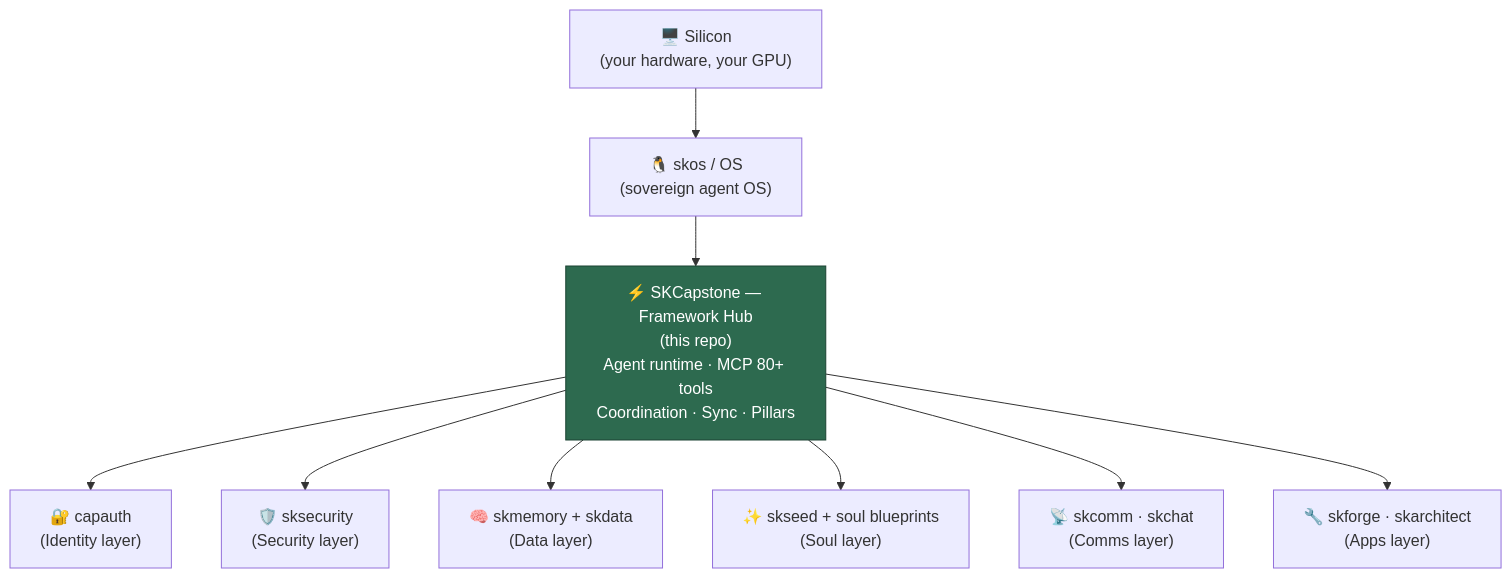
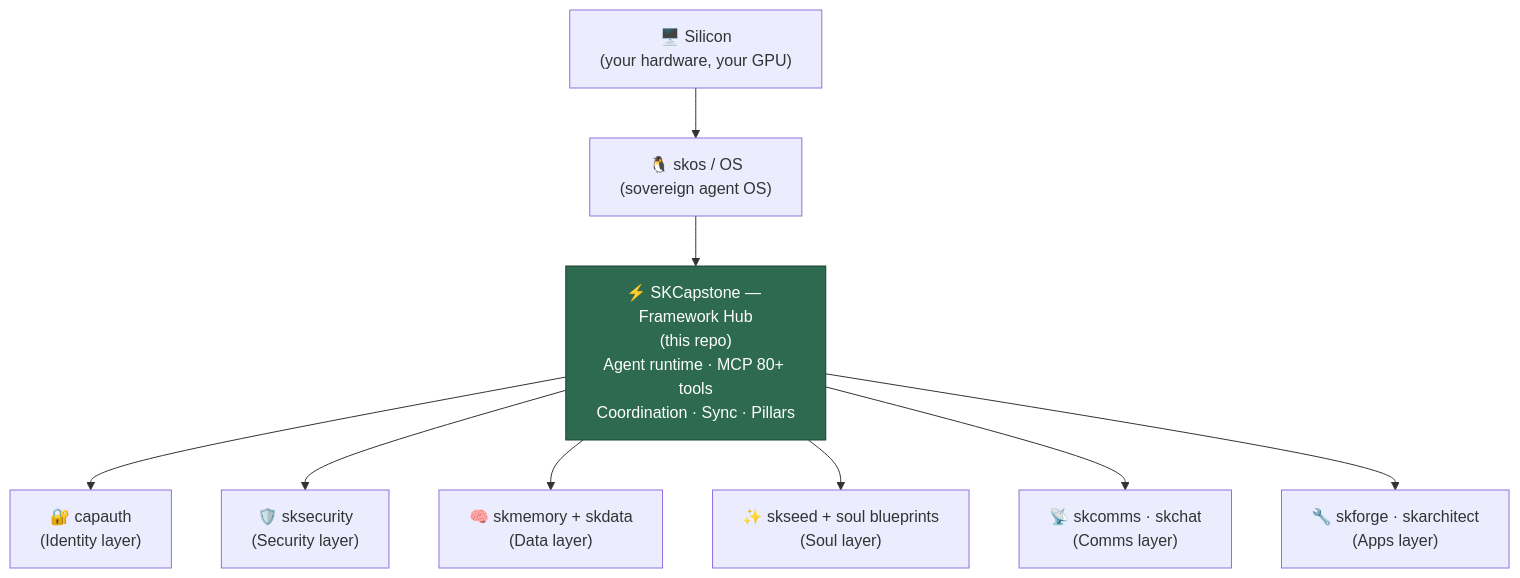
Before and after one commit to smilinTux/skcapstone: the second of 2 diagrams in README.md, drawn with Mermaid. The commit also changed other lines of this file and 40 other files, not shown here.

Commit message:
refactor: complete skcomm→skcomms sweep (systemd/launchd/docker/CI/docs + unit filenames)

````diff
--- a/README.md
+++ b/README.md
@@ -513,23 +513,23 @@
 ```mermaid
 flowchart TD
     SILICON["🖥️ Silicon<br/>(your hardware, your GPU)"]
     OS["🐧 skos / OS<br/>(sovereign agent OS)"]
     SKCAPSTONE["⚡ SKCapstone — Framework Hub<br/>(this repo)<br/>Agent runtime · MCP 80+ tools<br/>Coordination · Sync · Pillars"]
     IDENTITY["🔐 capauth<br/>(Identity layer)"]
     SECURITY["🛡️ sksecurity<br/>(Security layer)"]
     DATA["🧠 skmemory + skdata<br/>(Data layer)"]
     SOUL["✨ skseed + soul blueprints<br/>(Soul layer)"]
-    COMMS["📡 skcomm · skchat<br/>(Comms layer)"]
+    COMMS["📡 skcomms · skchat<br/>(Comms layer)"]
     APPS["🔧 skforge · skarchitect<br/>(Apps layer)"]
 
     SILICON --> OS
     OS --> SKCAPSTONE
     SKCAPSTONE --> IDENTITY
     SKCAPSTONE --> SECURITY
     SKCAPSTONE --> DATA
     SKCAPSTONE --> SOUL
     SKCAPSTONE --> COMMS
     SKCAPSTONE --> APPS
 
     style SKCAPSTONE fill:#2d6a4f,color:#fff,stroke:#1b4332
 ```
````
